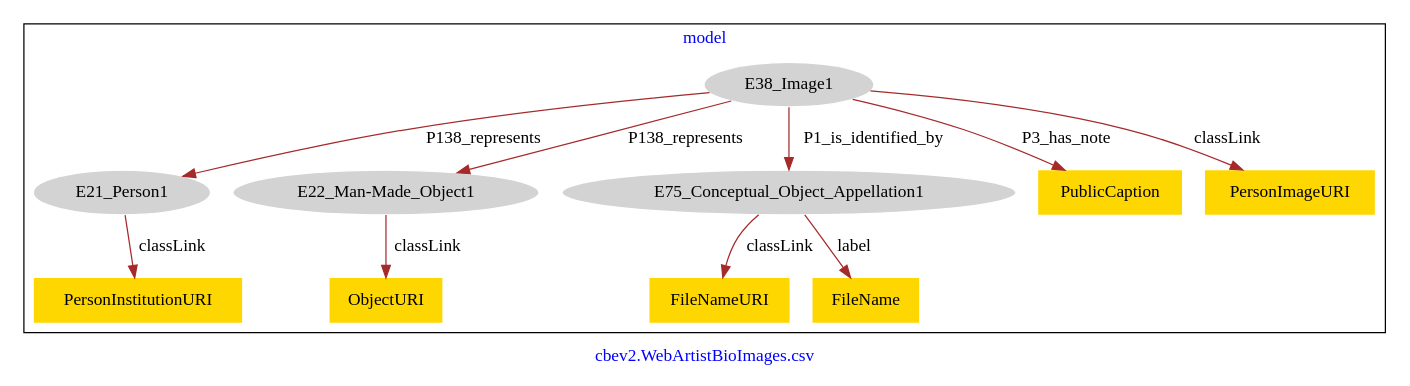
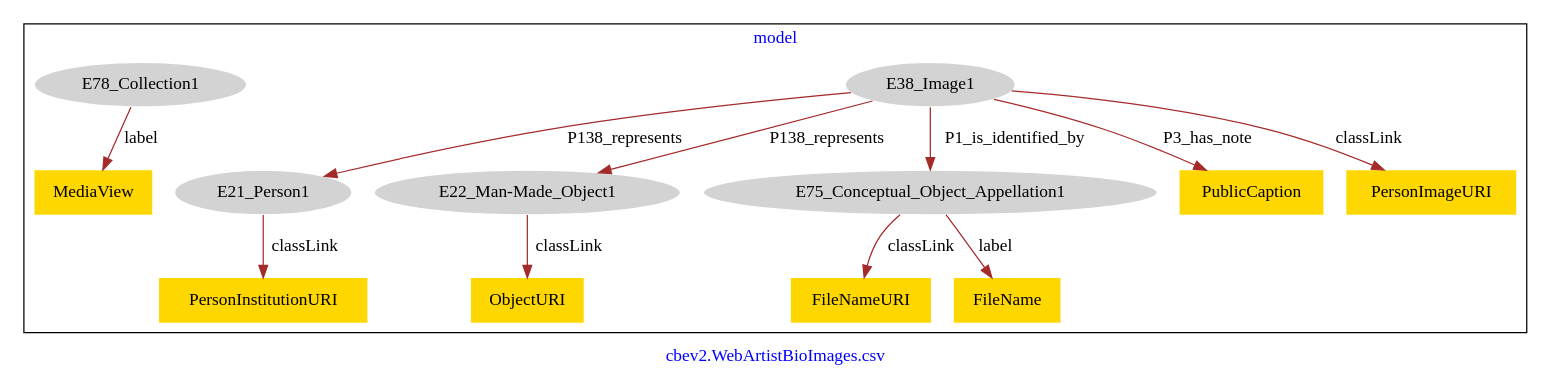
The diagram in models-graphviz/cbev2.WebArtistBioImages.csv.model.dot (usc-isi-i2/saam-lod), drawn with Graphviz before and after one commit. The commit also changed 20 other files, not shown here.

Commit message:
added graphviz screenshots for updated models

```diff
--- a/models-graphviz/cbev2.WebArtistBioImages.csv.model.dot
+++ b/models-graphviz/cbev2.WebArtistBioImages.csv.model.dot
@@ -1,27 +1,30 @@
 digraph n0 {
 fontcolor="blue"
 remincross="true"
 label="cbev2.WebArtistBioImages.csv"
 subgraph cluster {
 label="model"
 n2[style="filled",color="white",fillcolor="lightgray",label="E21_Person1"];
 n3[shape="plaintext",style="filled",fillcolor="gold",label="PersonInstitutionURI"];
 n4[style="filled",color="white",fillcolor="lightgray",label="E22_Man-Made_Object1"];
 n5[shape="plaintext",style="filled",fillcolor="gold",label="ObjectURI"];
 n6[style="filled",color="white",fillcolor="lightgray",label="E38_Image1"];
 n7[style="filled",color="white",fillcolor="lightgray",label="E75_Conceptual_Object_Appellation1"];
 n8[shape="plaintext",style="filled",fillcolor="gold",label="PublicCaption"];
 n9[shape="plaintext",style="filled",fillcolor="gold",label="PersonImageURI"];
 n10[shape="plaintext",style="filled",fillcolor="gold",label="FileNameURI"];
 n11[shape="plaintext",style="filled",fillcolor="gold",label="FileName"];
+n12[style="filled",color="white",fillcolor="lightgray",label="E78_Collection1"];
+n13[shape="plaintext",style="filled",fillcolor="gold",label="MediaView"];
 }
 n2 -> n3[color="brown",fontcolor="black",label="classLink"]
 n4 -> n5[color="brown",fontcolor="black",label="classLink"]
 n6 -> n2[color="brown",fontcolor="black",label="P138_represents"]
 n6 -> n4[color="brown",fontcolor="black",label="P138_represents"]
 n6 -> n7[color="brown",fontcolor="black",label="P1_is_identified_by"]
 n6 -> n8[color="brown",fontcolor="black",label="P3_has_note"]
 n6 -> n9[color="brown",fontcolor="black",label="classLink"]
 n7 -> n10[color="brown",fontcolor="black",label="classLink"]
 n7 -> n11[color="brown",fontcolor="black",label="label"]
+n12 -> n13[color="brown",fontcolor="black",label="label"]
 }
```
